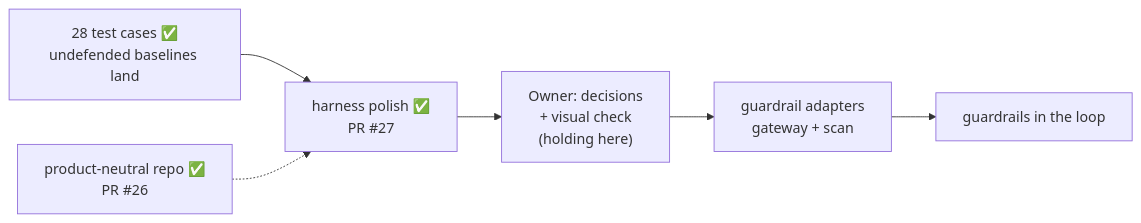
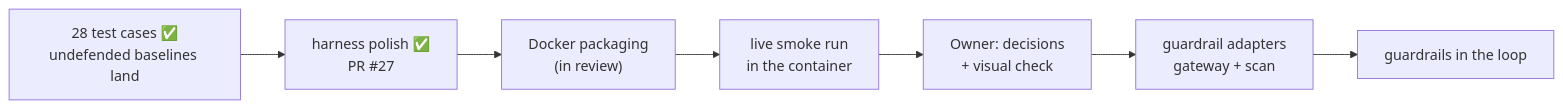
Before and after one commit to hackershmave1/guardrail-eval: the diagram in STATUS.md, drawn with Mermaid. The commit also changed other lines of this file and 3 other files, not shown here.

First line of the commit message:
Docs: run in Docker; status snapshot

````diff
--- a/STATUS.md
+++ b/STATUS.md
@@ -12,8 +14,9 @@
 ```mermaid
 flowchart LR
     A["28 test cases ✅<br/>undefended baselines land"] --> P["harness polish ✅<br/>PR #27"]
-    P --> C["Owner: decisions<br/>+ visual check<br/>(holding here)"]
+    P --> K["Docker packaging<br/>(in review)"]
+    K --> L["live smoke run<br/>in the container"]
+    L --> C["Owner: decisions<br/>+ visual check"]
     C --> D["guardrail adapters<br/>gateway + scan"]
     D --> E["guardrails in the loop"]
-    N["product-neutral repo ✅<br/>PR #26"] -.-> P
 ```
````
